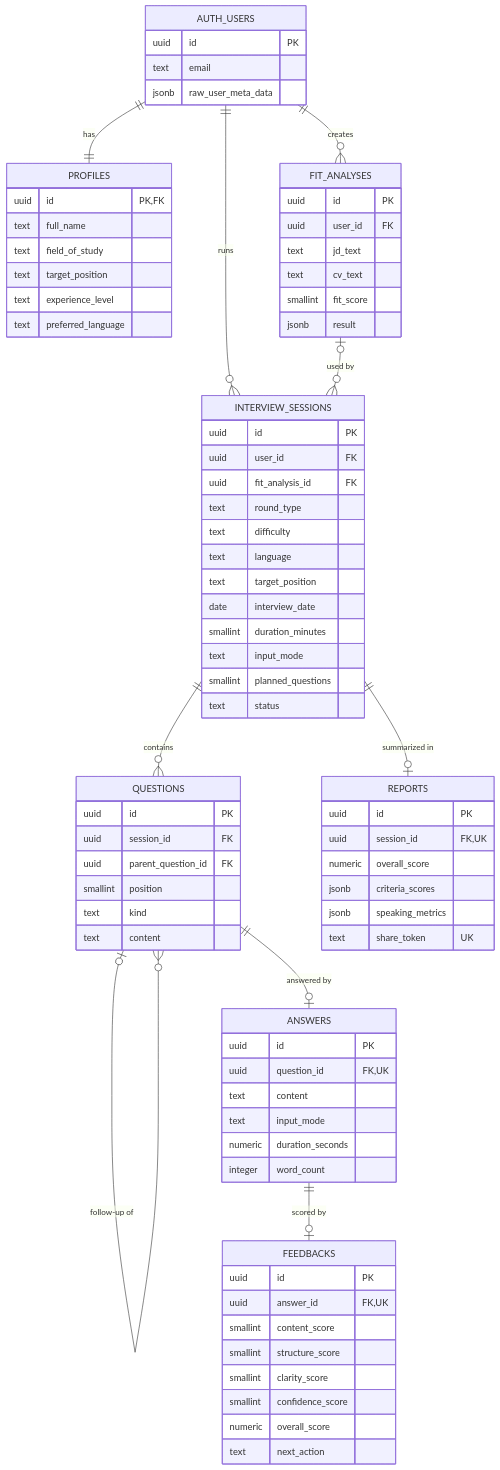
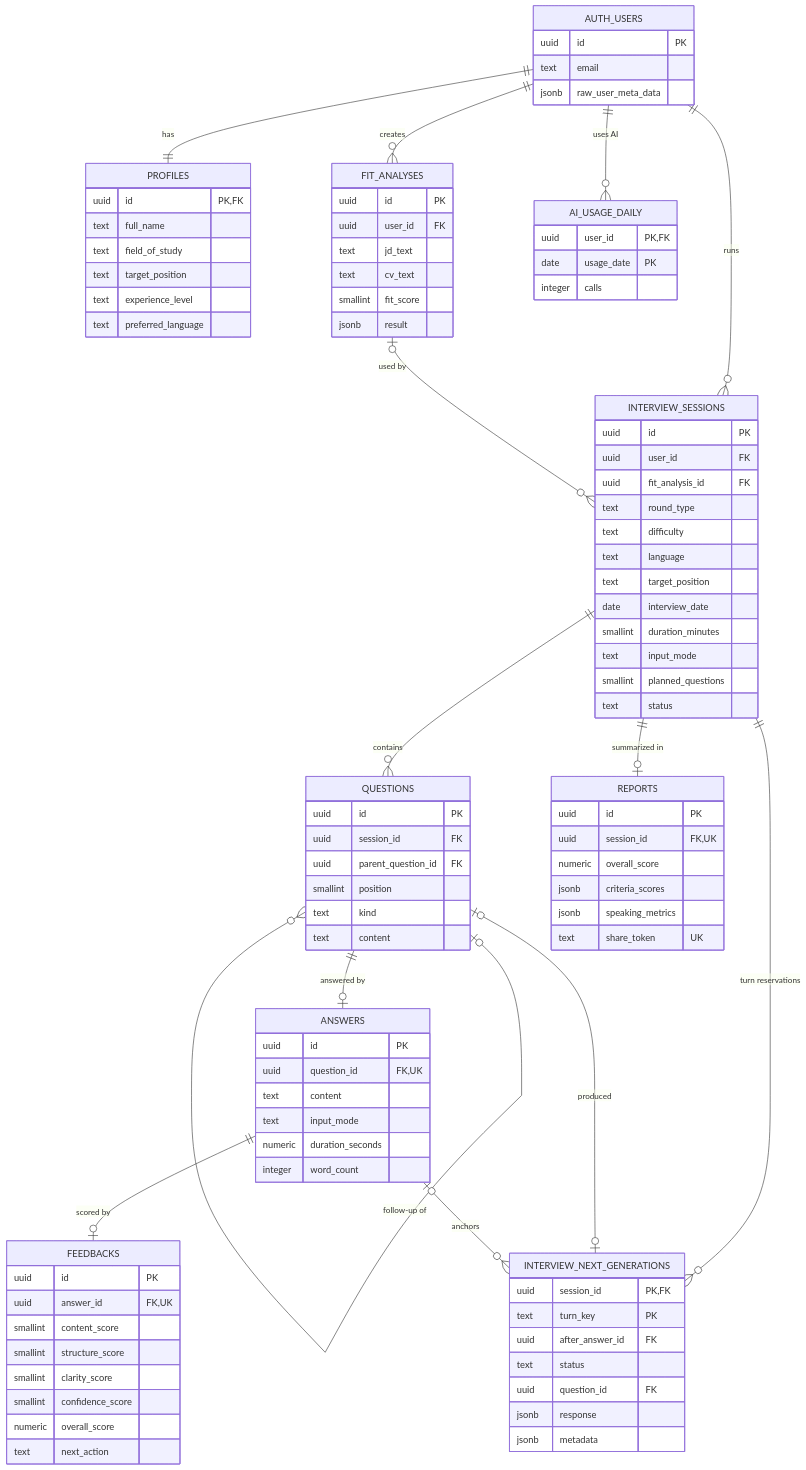
Before and after one commit to TrungNhan8386/InterviewBuddy: the diagram in docs/analysis and design/database-design.md, drawn with Mermaid. The commit also changed other lines of this file and 235 other files, not shown here.

````diff
--- a/docs/analysis and design/database-design.md
+++ b/docs/analysis and design/database-design.md
@@ -22,6 +25,11 @@
   QUESTIONS ||--o| ANSWERS : "answered by"
   ANSWERS ||--o| FEEDBACKS : "scored by"
   INTERVIEW_SESSIONS ||--o| REPORTS : "summarized in"
+  INTERVIEW_SESSIONS ||--o{ INTERVIEW_NEXT_GENERATIONS : "turn reservations"
+  QUESTIONS |o--o| INTERVIEW_NEXT_GENERATIONS : "produced"
+  AUTH_USERS ||--o{ AI_USAGE_DAILY : "uses AI"
+
+  ANSWERS |o--o{ INTERVIEW_NEXT_GENERATIONS : "anchors"
 
   AUTH_USERS {
     uuid id PK
@@ -92,4 +100,18 @@
     jsonb speaking_metrics
     text share_token UK
   }
+  INTERVIEW_NEXT_GENERATIONS {
+    uuid session_id PK,FK
+    text turn_key PK
+    uuid after_answer_id FK
+    text status
+    uuid question_id FK
+    jsonb response
+    jsonb metadata
+  }
+  AI_USAGE_DAILY {
+    uuid user_id PK,FK
+    date usage_date PK
+    integer calls
+  }
 ```
````
